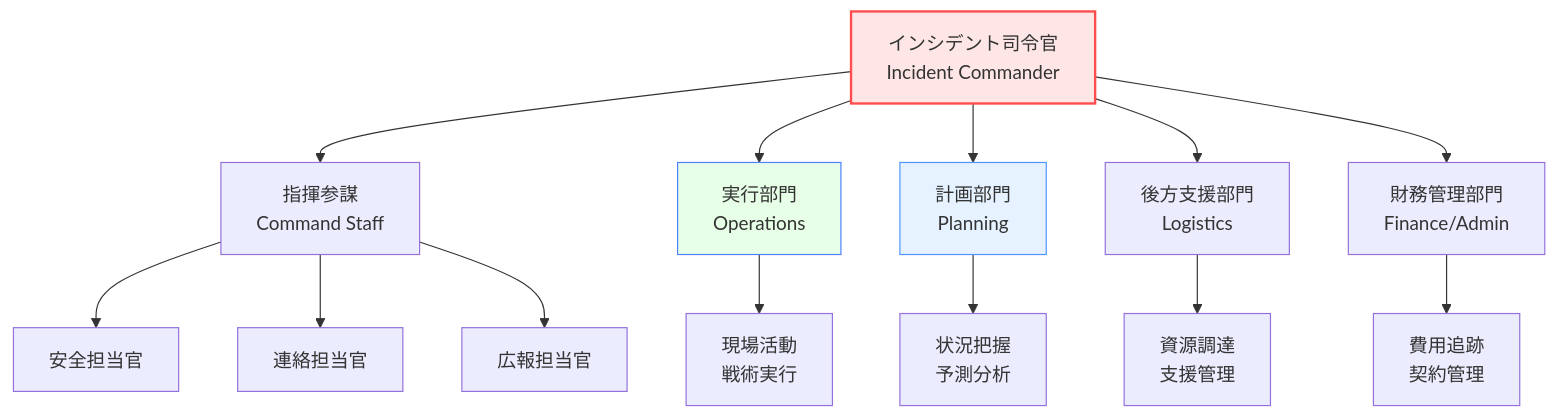
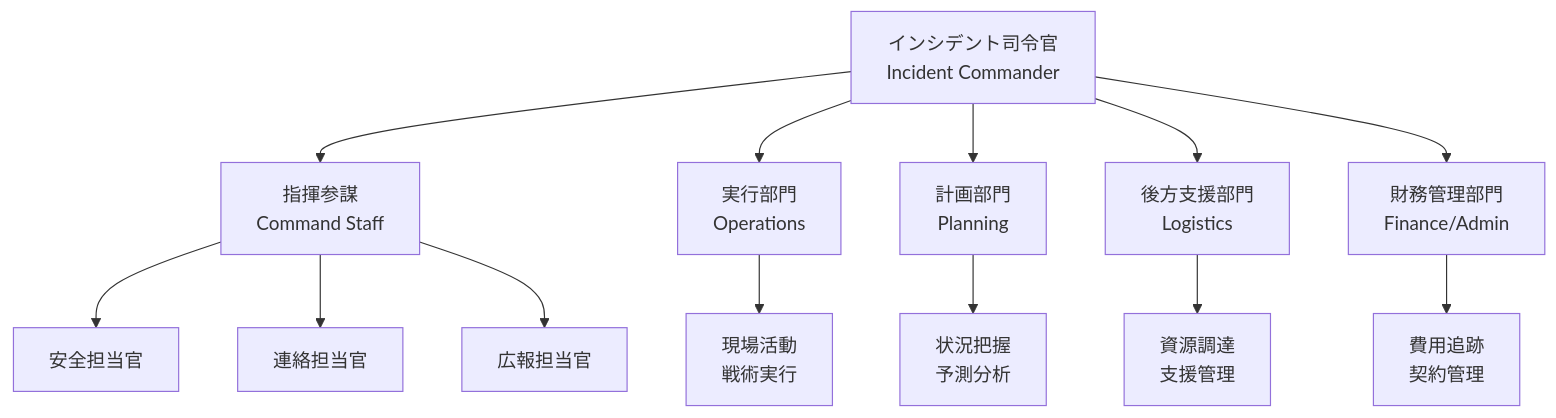
One commit to shuji-bonji/Situational-Awareness-and-Decision-Making changed the seventh of 11 diagrams in docs/applications/emergency-dm.md. Above: the diagram before and after it, drawn with Mermaid. The commit also changed other lines of this file and 49 other files, not shown here.

Commit message:
fix: ダークモードで見づらい図の色の変更

````diff
--- a/docs/applications/emergency-dm.md
+++ b/docs/applications/emergency-dm.md
@@ -272,21 +272,21 @@
 ```mermaid
 graph TD
     A[インシデント司令官<br>Incident Commander] --> B[指揮参謀<br>Command Staff]
     A --> C[実行部門<br>Operations]
     A --> D[計画部門<br>Planning]
     A --> E[後方支援部門<br>Logistics]
     A --> F[財務管理部門<br>Finance/Admin]
     
     B --> B1[安全担当官]
     B --> B2[連絡担当官]
     B --> B3[広報担当官]
     
     C --> C1[現場活動<br>戦術実行]
     D --> D1[状況把握<br>予測分析]
     E --> E1[資源調達<br>支援管理]
     F --> F1[費用追跡<br>契約管理]
     
-    style A fill:#ffe6e6,stroke:#ff4d4d,stroke-width:2px
-    style D fill:#e6f2ff,stroke:#4d94ff
-    style C fill:#e6ffe6,stroke:#4d7fff
+
+
+
 ```
````
